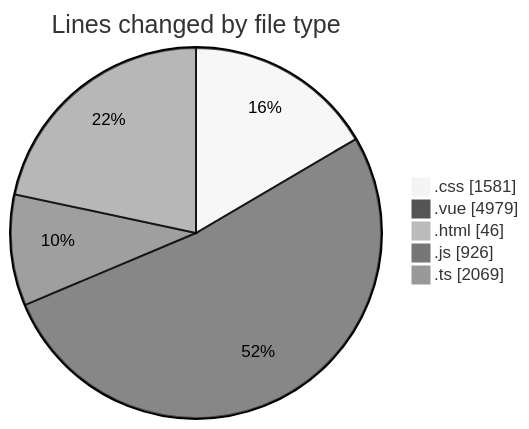
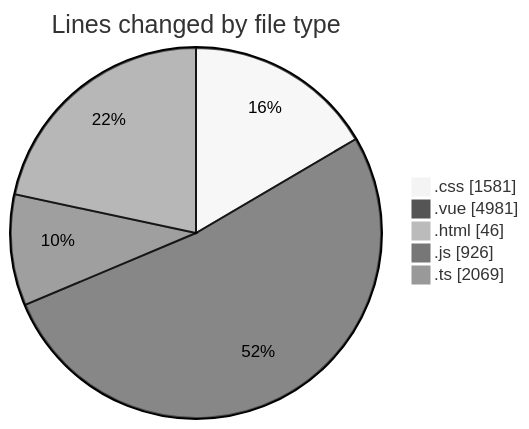
The first of 2 diagrams in 2025-08-18/rentotp/README.md (lephambinh05/code-tracking), drawn with Mermaid (neutral theme) before and after one commit. The commit also changed other lines of this file and 1 other file, not shown here.

````diff
--- a/2025-08-18/rentotp/README.md
+++ b/2025-08-18/rentotp/README.md
@@ -51,9 +51,9 @@
 ```mermaid
 pie showData
 title Lines changed by file type
 ".css" : 1581
-".vue" : 4979
+".vue" : 4981
 ".html" : 46
 ".js" : 926
 ".ts" : 2069
 ```
````
